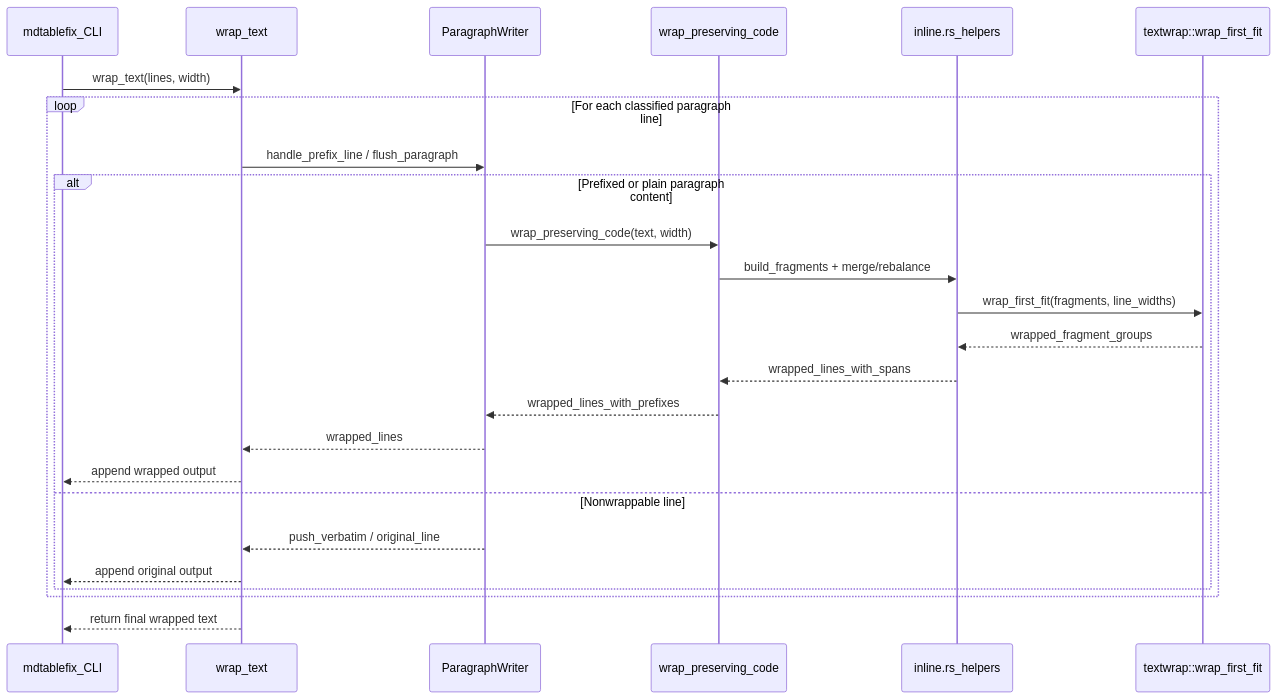
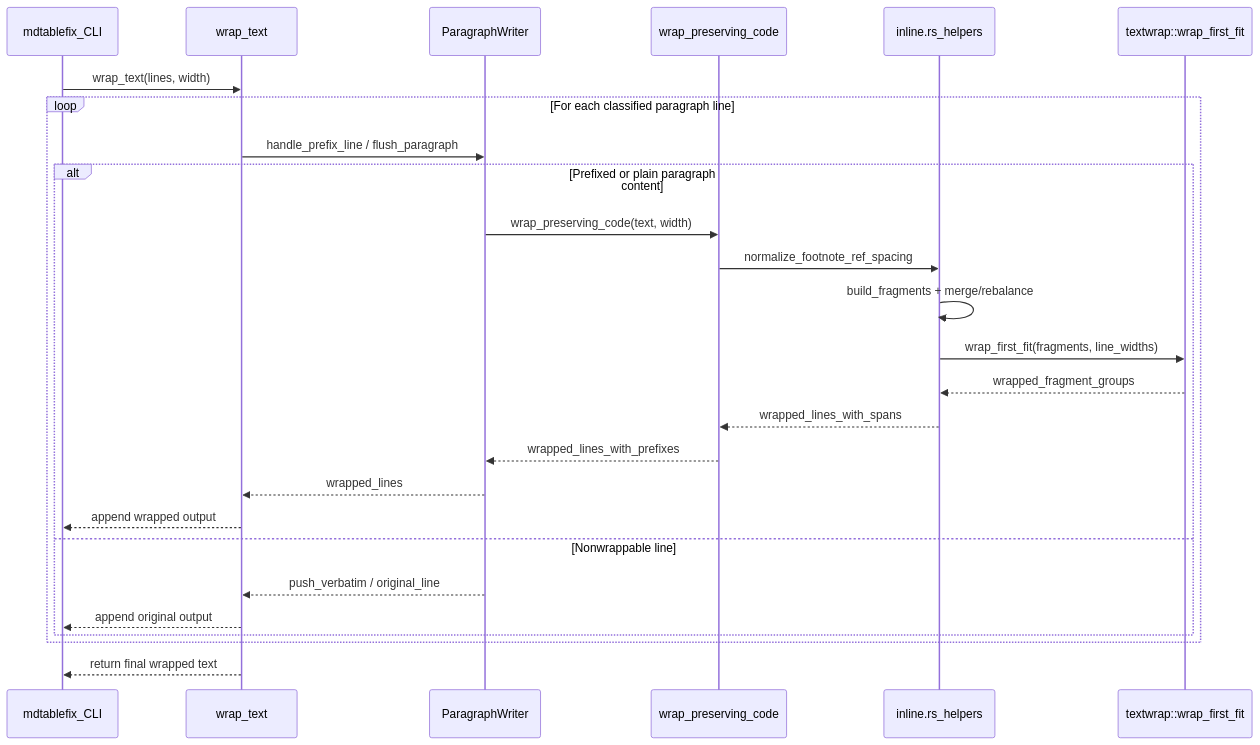
The fifth of 6 diagrams in docs/architecture.md (leynos/mdtablefix), drawn with Mermaid before and after one commit. The commit also changed other lines of this file and 7 other files, not shown here.

````diff
--- a/docs/architecture.md
+++ b/docs/architecture.md
@@ -476,28 +478,29 @@
 ```mermaid
 sequenceDiagram
     participant CLI as mdtablefix_CLI
     participant WT as wrap_text
     participant PW as ParagraphWriter
     participant WP as wrap_preserving_code
     participant IH as inline.rs_helpers
     participant TW as textwrap::wrap_first_fit
 
     CLI->>WT: wrap_text(lines, width)
     loop For each classified paragraph line
         WT->>PW: handle_prefix_line / flush_paragraph
         alt Prefixed or plain paragraph content
             PW->>WP: wrap_preserving_code(text, width)
-            WP->>IH: build_fragments + merge/rebalance
+            WP->>IH: normalize_footnote_ref_spacing
+            IH->>IH: build_fragments + merge/rebalance
             IH->>TW: wrap_first_fit(fragments, line_widths)
             TW-->>IH: wrapped_fragment_groups
             IH-->>WP: wrapped_lines_with_spans
             WP-->>PW: wrapped_lines_with_prefixes
             PW-->>WT: wrapped_lines
             WT-->>CLI: append wrapped output
         else Nonwrappable line
             PW-->>WT: push_verbatim / original_line
             WT-->>CLI: append original output
         end
     end
     WT-->>CLI: return final wrapped text
 ```
````
